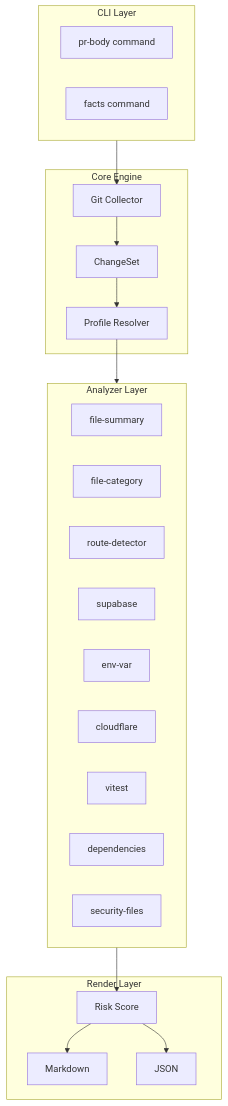
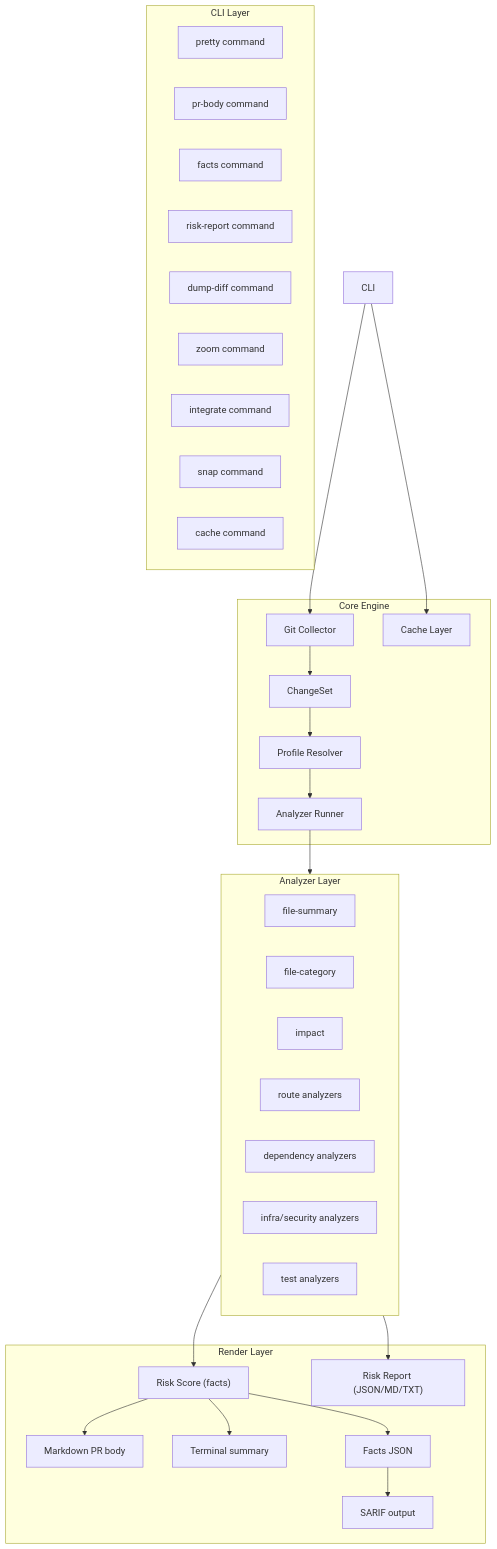
Before and after one commit to better-vibe/branch-narrator: the first of 2 diagrams in docs/02-architecture/overview.md, drawn with Mermaid. The commit also changed other lines of this file and 39 other files, not shown here.

````diff
--- a/docs/02-architecture/overview.md
+++ b/docs/02-architecture/overview.md
@@ -5,39 +5,54 @@
 ```mermaid
 flowchart TB
-    subgraph CLI["CLI Layer"]
-        pr-body["pr-body command"]
+    subgraph cliLayer [CLI Layer]
+        pretty["pretty command"]
+        prBody["pr-body command"]
         facts["facts command"]
+        riskReport["risk-report command"]
+        dumpDiff["dump-diff command"]
+        zoom["zoom command"]
+        integrate["integrate command"]
+        snap["snap command"]
+        cacheCmd["cache command"]
     end
 
-    subgraph Core["Core Engine"]
+    subgraph coreEngine [Core Engine]
         collector["Git Collector"]
+        cacheLayer["Cache Layer"]
         changeset["ChangeSet"]
         resolver["Profile Resolver"]
+        runner["Analyzer Runner"]
     end
 
-    subgraph Analyzers["Analyzer Layer"]
-        A1["file-summary"]
-        A2["file-category"]
-        A3["route-detector"]
-        A4["supabase"]
-        A5["env-var"]
-        A6["cloudflare"]
-        A7["vitest"]
-        A8["dependencies"]
-        A9["security-files"]
+    subgraph analyzers [Analyzer Layer]
+        fileSummary["file-summary"]
+        fileCategory["file-category"]
+        impact["impact"]
+        routes["route analyzers"]
+        deps["dependency analyzers"]
+        infra["infra/security analyzers"]
+        tests["test analyzers"]
     end
 
-    subgraph Render["Render Layer"]
-        risk["Risk Score"]
-        md["Markdown"]
-        json["JSON"]
+    subgraph renderLayer [Render Layer]
+        riskScore["Risk Score (facts)"]
+        markdown["Markdown PR body"]
+        terminal["Terminal summary"]
+        factsJson["Facts JSON"]
+        sarif["SARIF output"]
+        riskReportRender["Risk Report (JSON/MD/TXT)"]
     end
 
     CLI --> collector
+    CLI --> cacheLayer
     collector --> changeset
     changeset --> resolver
-    resolver --> Analyzers
-    Analyzers --> risk
-    risk --> md
-    risk --> json
+    resolver --> runner
+    runner --> analyzers
+    analyzers --> riskScore
+    riskScore --> markdown
+    riskScore --> terminal
+    riskScore --> factsJson
+    factsJson --> sarif
+    analyzers --> riskReportRender
 ```
````
